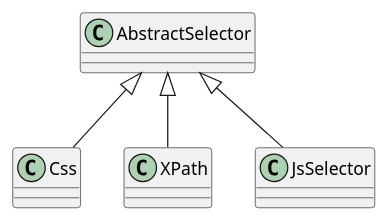
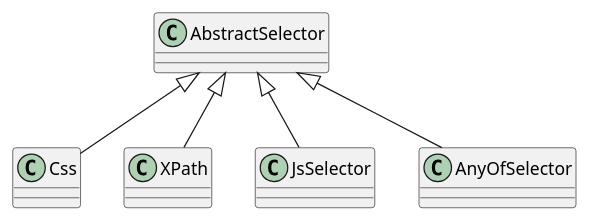
Before and after one commit to germaniumhq/germanium-python-api: the diagram in doc/usage/selectors_provided.adoc, drawn with PlantUML. The commit also changed other lines of this file, not shown here.

```diff
--- a/doc/usage/selectors_provided.adoc
+++ b/doc/usage/selectors_provided.adoc
@@ -21,11 +21,13 @@
 [plantuml, germanium-utility-selectors, svg]
 ------------------------------------------------------------------------------
 class AbstractSelector
 class Css
 class XPath
 class JsSelector
+class AnyOfSelector
 
 AbstractSelector <|-- Css
 AbstractSelector <|-- XPath
 AbstractSelector <|-- JsSelector
+AbstractSelector <|-- AnyOfSelector
 ------------------------------------------------------------------------------
```
